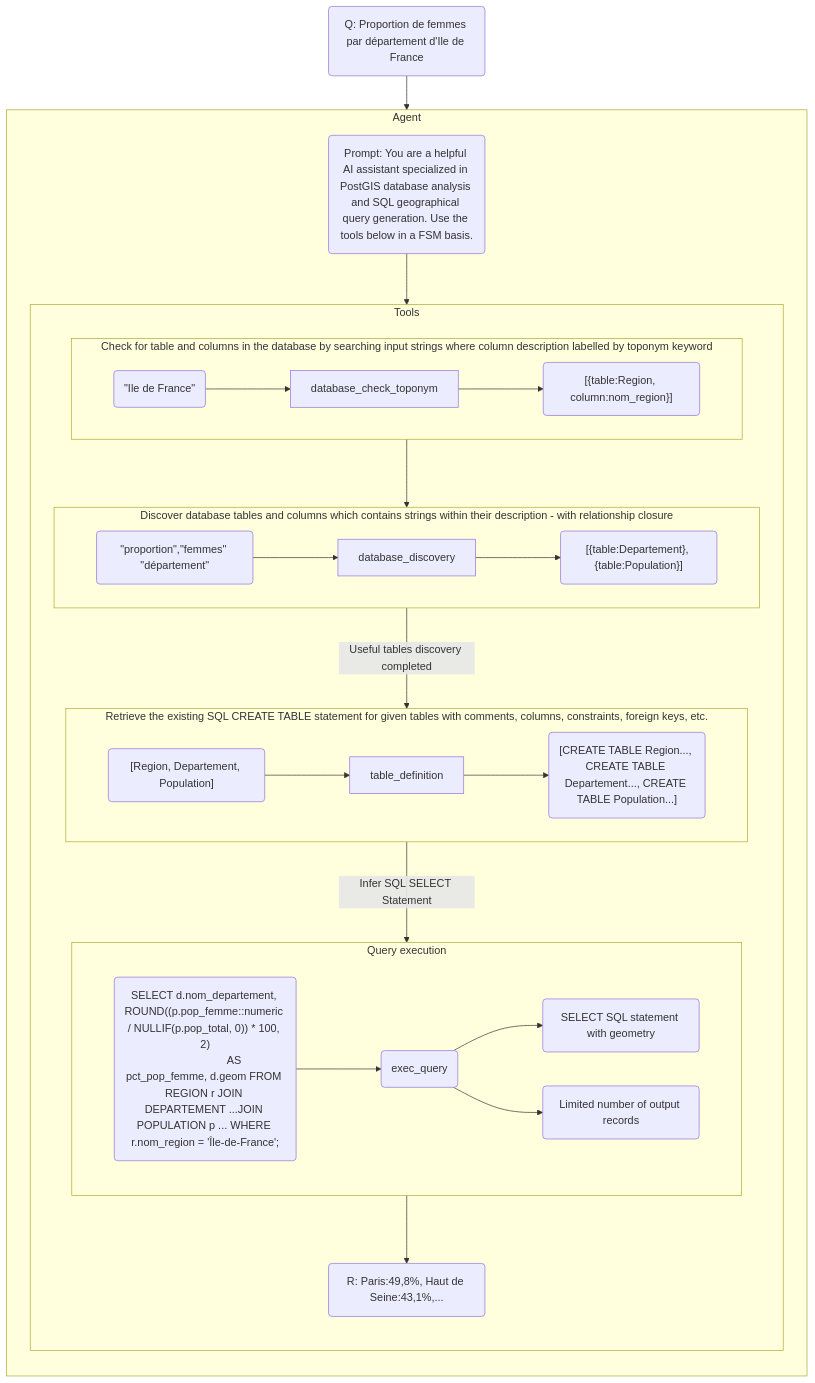
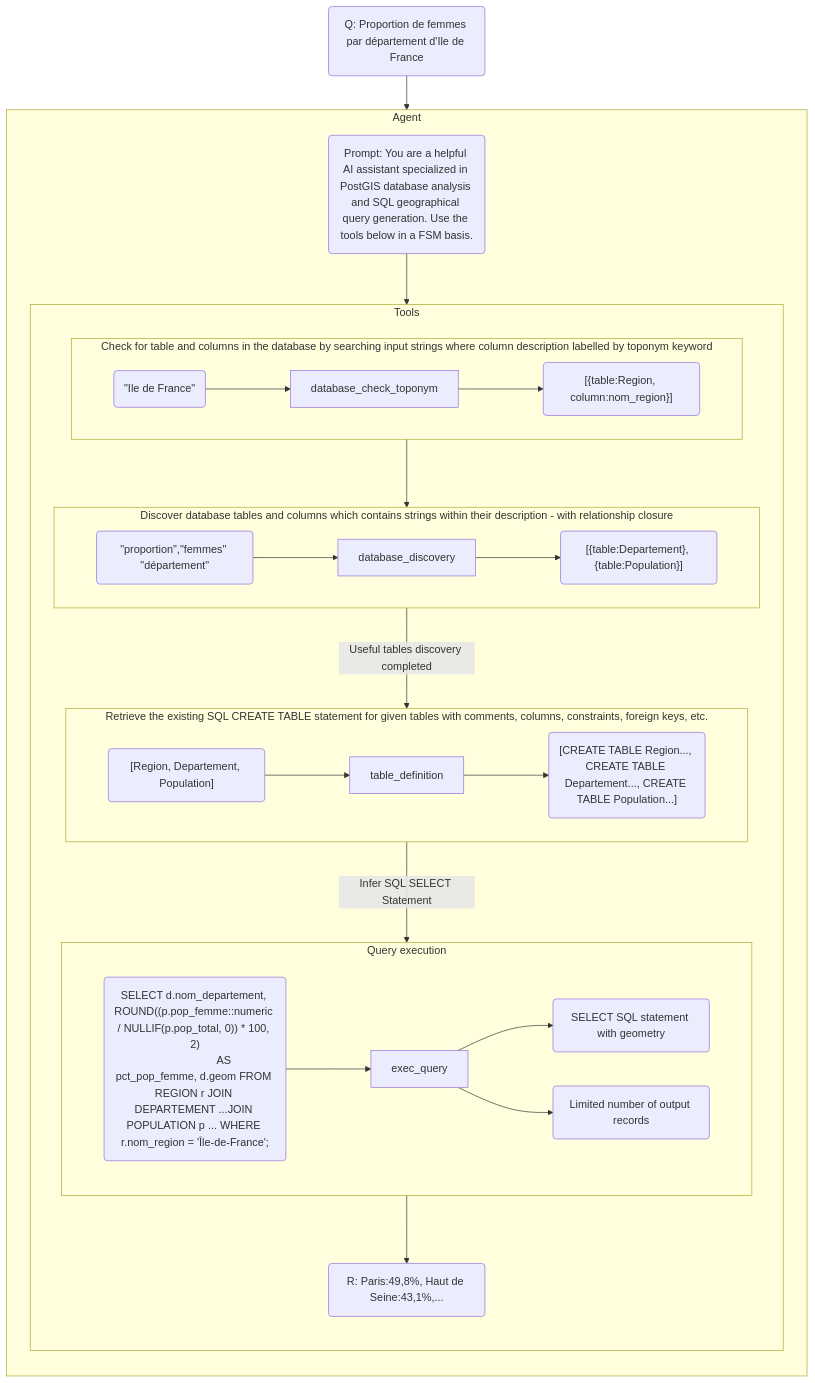
One commit to pixime-net/talk-backend changed the second of 2 diagrams in docs/FSM-discovery-agent.md. Above: the diagram before and after it, drawn with Mermaid. The commit also changed other lines of this file, not shown here.

Commit message:
doc: update FSM discovery agent documentation for clarity and structure

````diff
--- a/docs/FSM-discovery-agent.md
+++ b/docs/FSM-discovery-agent.md
@@ -39,39 +55,61 @@
 ```mermaid
-flowchart TD
-    direction TD
-    Q(Q: Proportion de femmes par département d'Ile de France) --> Agent
-    subgraph Agent[Agent]
-        direction TD
-        P(Prompt: You are a helpful AI assistant specialized in PostGIS database analysis and SQL geographical query generation. Use the tools below in a FSM basis.)   
-        subgraph tool[Tools]
-            direction TD
-            subgraph SG[Check for table and columns in the database by searching input strings where column description labelled by toponym keyword]
+flowchart TB
+    QUESTION(Q: Proportion de femmes par département d'Ile de France) --> AGENT
+    
+    subgraph AGENT[Agent]
+        direction TB
+        
+        PROMPT(Prompt: You are a helpful AI assistant specialized in PostGIS database analysis and SQL geographical query generation. Use the tools below in a FSM basis.)
+        
+
+        T1_INPUT(&quot;Ile de France&quot;)
+        T1_TOOL[database_check_toponym]
+        T1_OUTPUT(&#91&#123table:Region, column:nom_region&#125&#93)
+
+        T2_INPUT(&quot;proportion&quot;,&quot;femmes&quot; &quot;département&quot;) 
+        T2_TOOL[database_discovery] 
+        T2_OUTPUT(&#91&#123table:Departement&#125, &#123table:Population&#125&#93)
+
+        T3_INPUT(&#91Region, Departement, Population&#93)
+        T3_TOOL[table_definition]
+        T3_OUTPUT(&#91CREATE TABLE Region..., CREATE TABLE Departement..., CREATE TABLE Population...&#93)
+
+        T4_INPUT(SELECT d.nom_departement, ROUND#40;#40;p.pop_femme::numeric / NULLIF#40;p.pop_total, 0#41;#41; * 100, 2#41;
+                    AS pct_pop_femme, d.geom FROM REGION r JOIN DEPARTEMENT ...JOIN POPULATION p ... WHERE r.nom_region = 'Île-de-France'; )
+        T4_TOOL[exec_query]
+        T4_OUTPUT1(SELECT SQL statement with geometry)
+        T4_OUTPUT2(Limited number of output records)
+
+        R(R: Paris:49,8%, Haut de Seine:43,1%,...)
+
+        subgraph TOOLS[Tools]
+            direction TB
+            subgraph T1[Check for table and columns in the database by searching input strings where column description labelled by toponym keyword]
                 direction LR
-                AI(&quot;Ile de France&quot;) --> A
-                A[database_check_toponym] --> AO(&#91&#123table:Region, column:nom_region&#125&#93)
+                T1_INPUT --> T1_TOOL
+                T1_TOOL --> T1_OUTPUT
             end
-            subgraph SG1[Discover database tables and columns which contains strings within their description - with relationship closure]
+            subgraph T2[Discover database tables and columns which contains strings within their description - with relationship closure]
                 direction LR
-                BI(&quot;proportion&quot;,&quot;femmes&quot; &quot;département&quot;) --> B
-                B[database_discovery] --> BO(&#91&#123table:Departement&#125, &#123table:Population&#125&#93)
+                T2_INPUT --> T2_TOOL
+                T2_TOOL --> T2_OUTPUT
             end
-            subgraph SG2[Retrieve the existing SQL CREATE TABLE statement for given tables with comments, columns, constraints, foreign keys, etc.]
+            subgraph T3[Retrieve the existing SQL CREATE TABLE statement for given tables with comments, columns, constraints, foreign keys, etc.]
                 direction LR
-                CI(&#91Region, Departement, Population&#93) --> C[table_definition]
-                C --> CO(&#91CREATE TABLE Region..., CREATE TABLE Departement..., CREATE TABLE Population...&#93)
+                T3_INPUT --> T3_TOOL
+                T3_TOOL --> T3_OUTPUT
             end
-            subgraph SG3[Query execution]
+            subgraph T4[Query execution]
                 direction LR
-                DI(SELECT d.nom_departement, ROUND#40;#40;p.pop_femme::numeric / NULLIF#40;p.pop_total, 0#41;#41; * 100, 2#41;
-                    AS pct_pop_femme, d.geom FROM REGION r JOIN DEPARTEMENT ...JOIN POPULATION p ... WHERE r.nom_region = 'Île-de-France'; ) --> D
-                D(exec_query) --> DO1(SELECT SQL statement with geometry)
-                 D(exec_query) --> DO2(Limited number of output records)
+                T4_INPUT --> T4_TOOL
+                T4_TOOL --> T4_OUTPUT1
+                T4_TOOL --> T4_OUTPUT2
             end
-        SG --> SG1
-        SG1 --> | Useful tables discovery completed | SG2
-        SG2 --> | Infer SQL SELECT Statement | SG3
-        DO2 --> R(R: Paris:49,8%, Haut de Seine:43,1%,...)
+        T1 --> T2
+        T2 --> | Useful tables discovery completed | T3
+        T3 --> | Infer SQL SELECT Statement | T4
+        T4_OUTPUT2 --> R
         end
-        P --> SG
+    PROMPT --> TOOLS
     end
 ```
````
